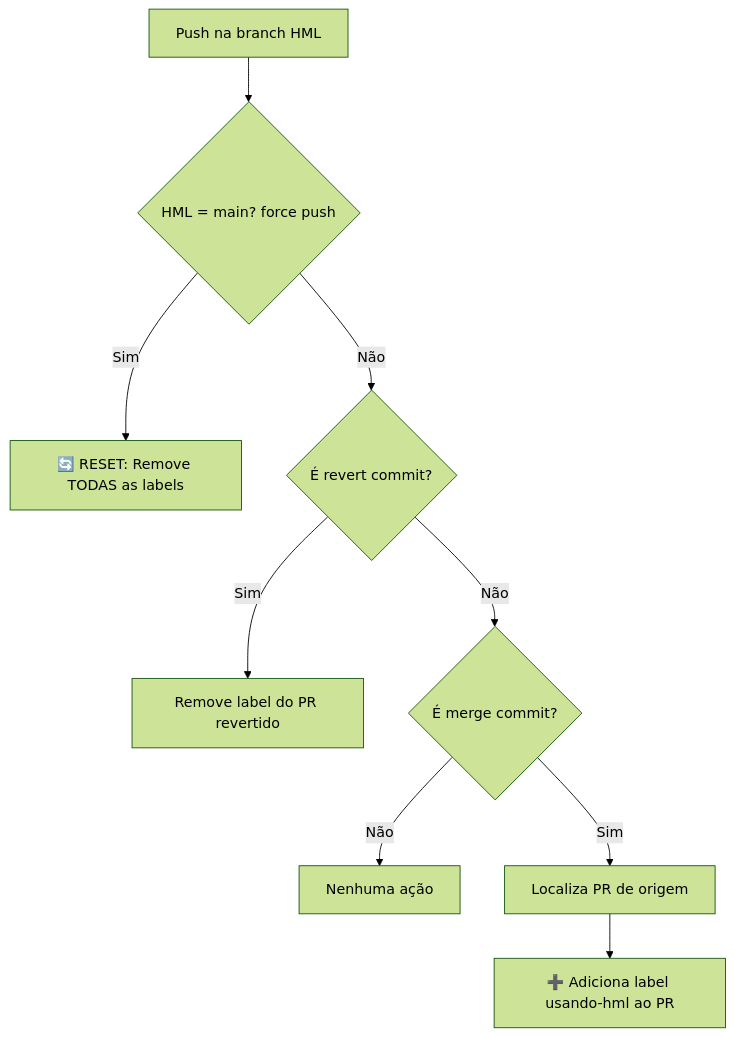
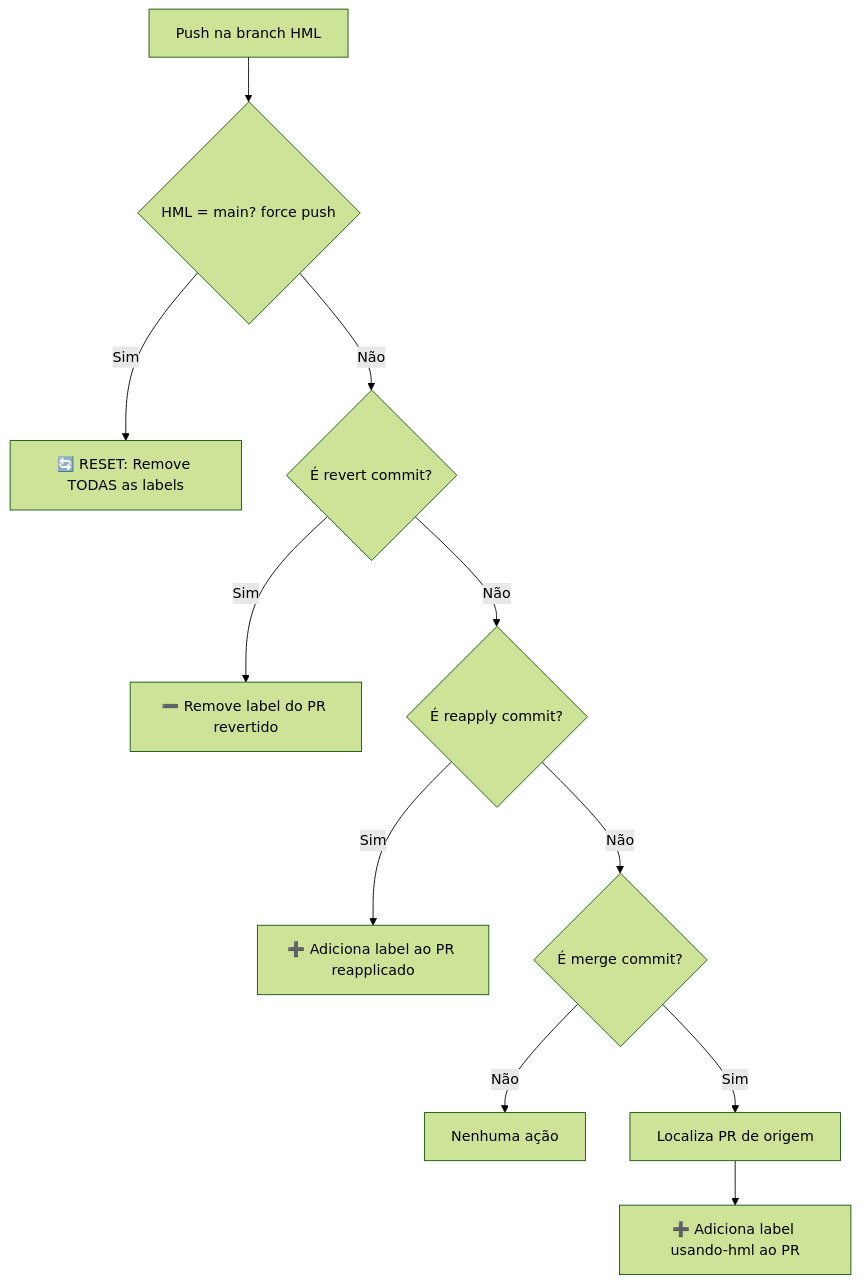
One commit to fernnandez-timeprimo/test-label-hml changed the diagram in README.md. Above: the diagram before and after it, drawn with Mermaid (forest theme). The commit also changed other lines of this file and 1 other file, not shown here.

Commit message:
include reaply merge

````diff
--- a/README.md
+++ b/README.md
@@ -22,11 +22,13 @@
 ```mermaid
 flowchart TD
     A[Push na branch HML] --> B{HML = main? force push}
     B -->|Sim| C[🔄 RESET: Remove TODAS as labels]
     B -->|Não| D{É revert commit?}
-    D -->|Sim| E[Remove label do PR revertido]
-    D -->|Não| F{É merge commit?}
-    F -->|Não| G[Nenhuma ação]
-    F -->|Sim| H[Localiza PR de origem]
-    H --> I[➕ Adiciona label usando-hml ao PR]
+    D -->|Sim| E[➖ Remove label do PR revertido]
+    D -->|Não| F{É reapply commit?}
+    F -->|Sim| G[➕ Adiciona label ao PR reapplicado]
+    F -->|Não| H{É merge commit?}
+    H -->|Não| I[Nenhuma ação]
+    H -->|Sim| J[Localiza PR de origem]
+    J --> K[➕ Adiciona label usando-hml ao PR]
 ```
````
